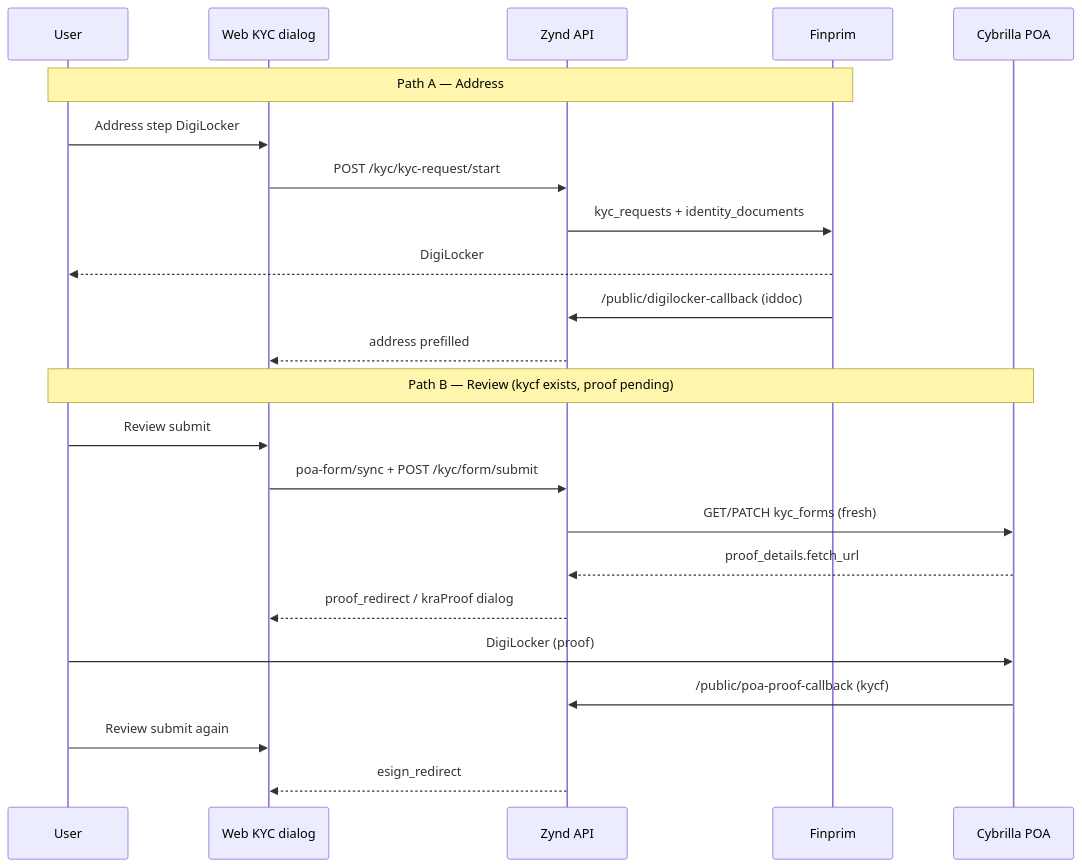
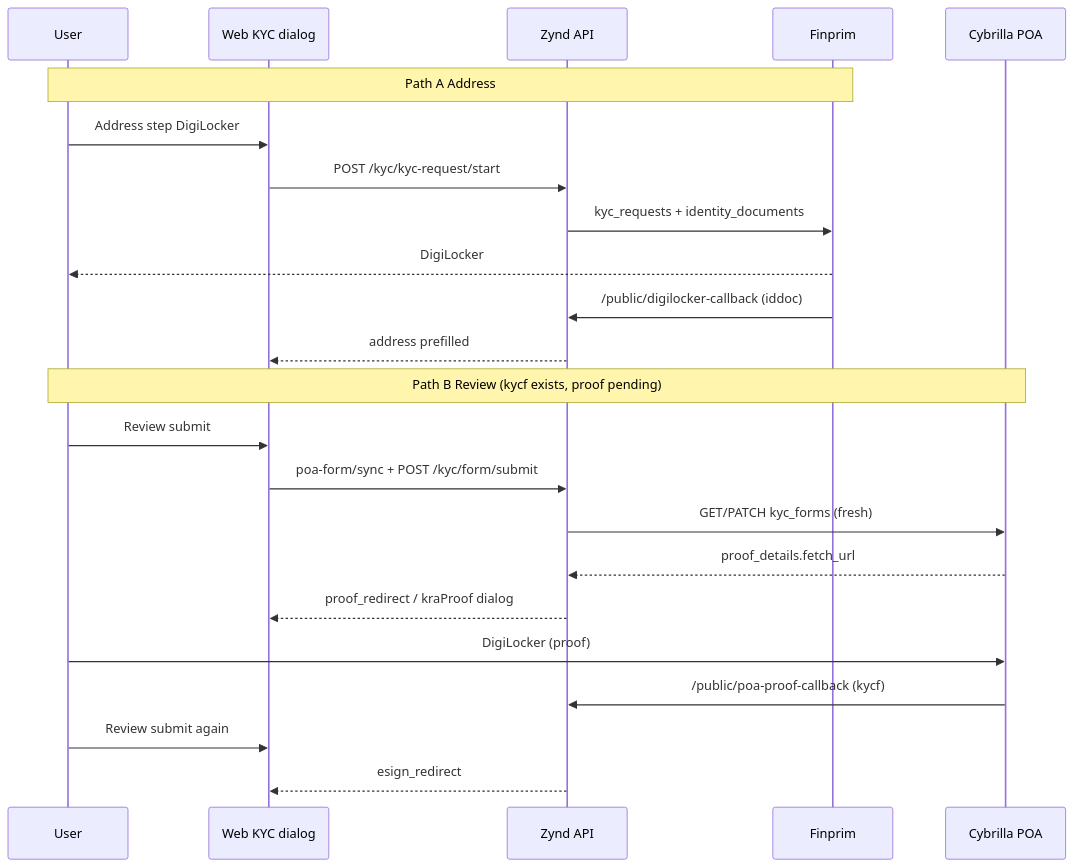
Before and after one commit to harshitkushwahh/Zynd: the diagram in Docs/KYC_DUAL_DIGILOCKER_HYBRID.md, drawn with Mermaid. The commit also changed other lines of this file and 483 other files, not shown here.

````diff
--- a/Docs/KYC_DUAL_DIGILOCKER_HYBRID.md
+++ b/Docs/KYC_DUAL_DIGILOCKER_HYBRID.md
@@ -215,27 +215,27 @@
 ```mermaid
 sequenceDiagram
   participant U as User
   participant W as Web KYC dialog
   participant API as Zynd API
   participant FP as Finprim
   participant POA as Cybrilla POA
 
-  Note over U,FP: Path A — Address
+  Note over U,FP: Path A  Address
   U->>W: Address step DigiLocker
   W->>API: POST /kyc/kyc-request/start
   API->>FP: kyc_requests + identity_documents
   FP-->>U: DigiLocker
   FP->>API: /public/digilocker-callback (iddoc)
   API-->>W: address prefilled
 
-  Note over U,POA: Path B — Review (kycf exists, proof pending)
+  Note over U,POA: Path B  Review (kycf exists, proof pending)
   U->>W: Review submit
   W->>API: poa-form/sync + POST /kyc/form/submit
   API->>POA: GET/PATCH kyc_forms (fresh)
   POA-->>API: proof_details.fetch_url
   API-->>W: proof_redirect / kraProof dialog
   U->>POA: DigiLocker (proof)
   POA->>API: /public/poa-proof-callback (kycf)
   U->>W: Review submit again
   API-->>W: esign_redirect
 ```
````
